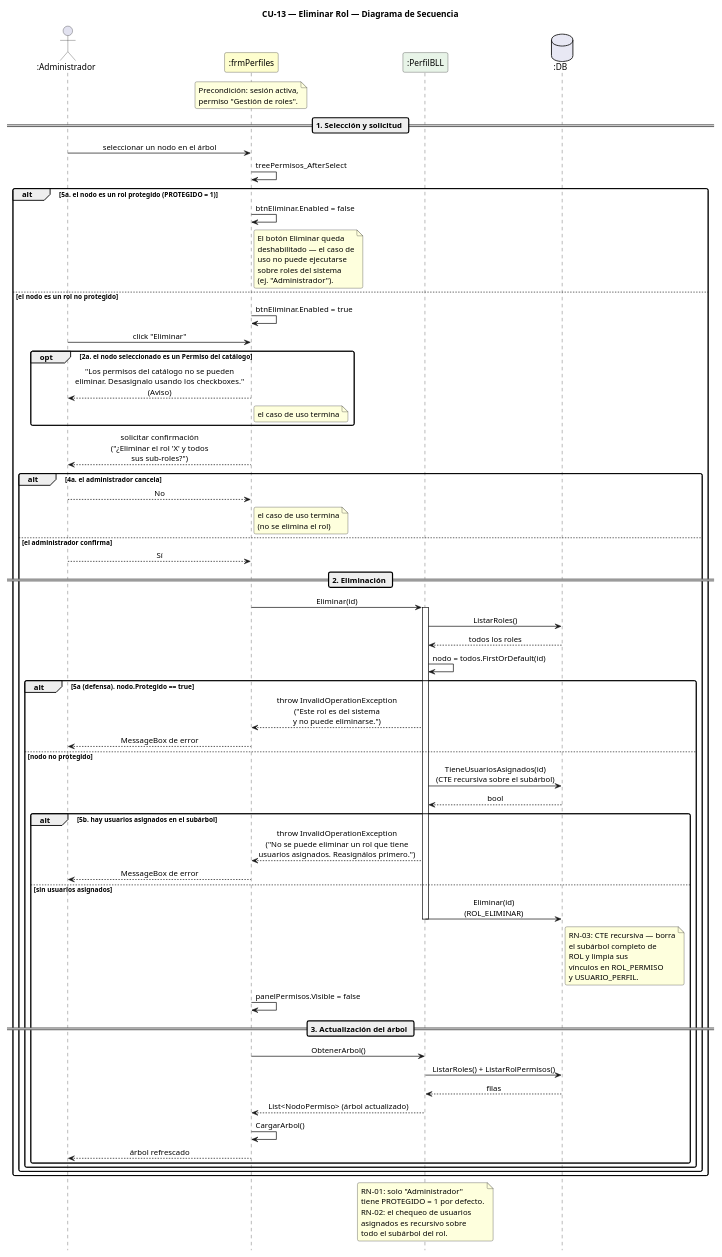
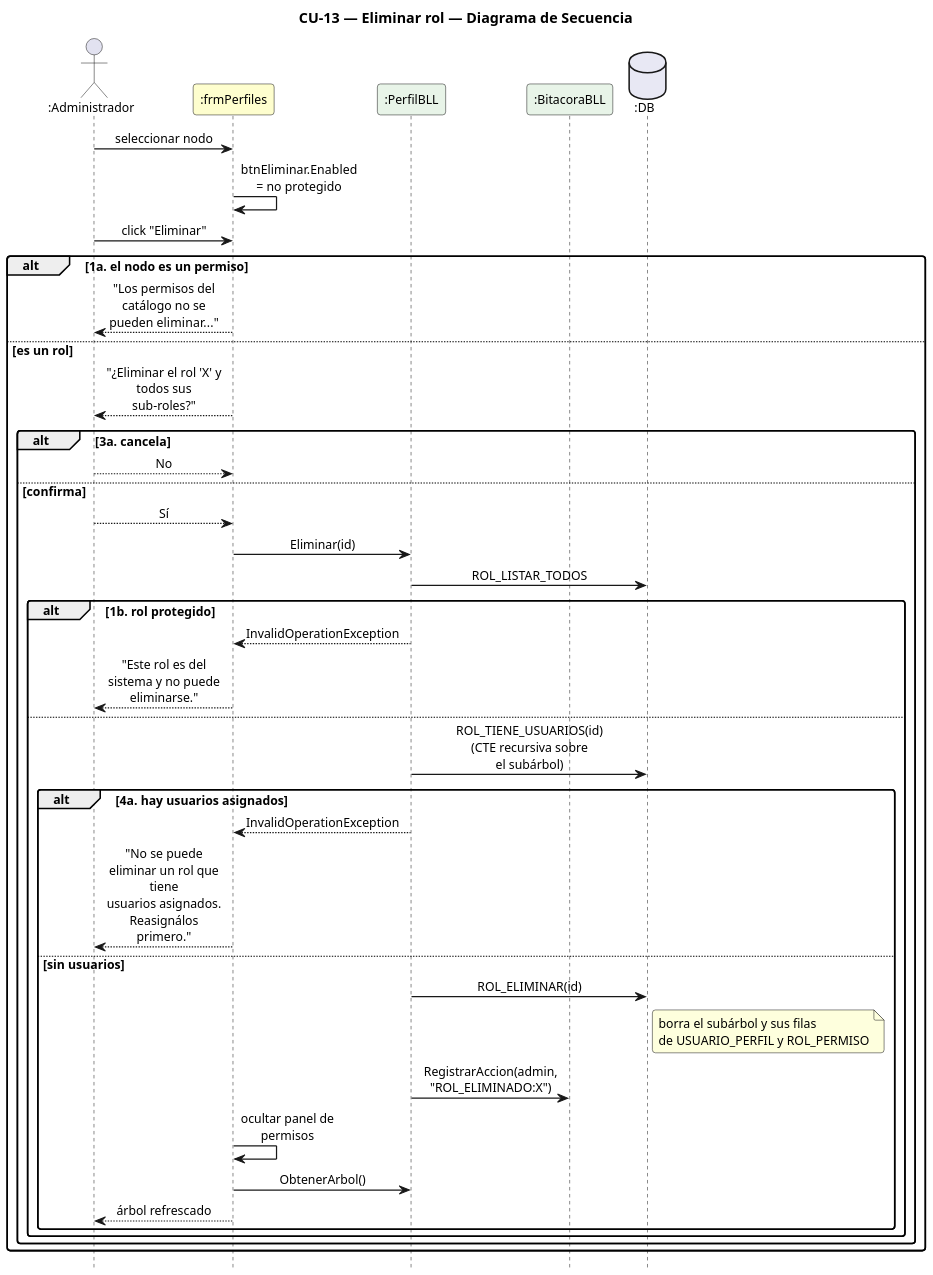
One commit to Urrels/ingenieria_software changed the diagram in DIAGRAMAS/DiagramaSecuencia_CU13_EliminarRol.puml. Above: the diagram before and after it, drawn with PlantUML. The commit also changed 82 other files, not shown here.

First line of the commit message:
Casos de uso y diagramas de secuencia actualizados (CU-01 a CU-37)

```diff
--- a/DIAGRAMAS/DiagramaSecuencia_CU13_EliminarRol.puml
+++ b/DIAGRAMAS/DiagramaSecuencia_CU13_EliminarRol.puml
@@ -1,124 +1,55 @@
 @startuml DiagramaSecuencia_CU13_EliminarRol
 
-title CU-13 — Eliminar Rol — Diagrama de Secuencia
+title CU-13 — Eliminar rol — Diagrama de Secuencia
 
 skinparam shadowing false
 skinparam roundcorner 6
 skinparam sequenceArrowThickness 1.2
-skinparam ParticipantPadding 14
+skinparam ParticipantPadding 6
+skinparam BoxPadding 4
+skinparam maxMessageSize 115
 skinparam sequenceMessageAlign center
+skinparam defaultFontSize 12
+skinparam dpi 140
 hide footbox
-scale 0.85
 
-' ─────────────────────────────────────────
-' Participantes en orden de aparición
-' ─────────────────────────────────────────
-actor       ":Administrador"  as A
-participant ":frmPerfiles"    as FP #FEFECE
-participant ":PerfilBLL"      as PB #E8F4E8
-database    ":DB"             as DB #E8E8F4
+actor ":Administrador" as A
+participant ":frmPerfiles" as F #FEFECE
+participant ":PerfilBLL" as PB #E8F4E8
+participant ":BitacoraBLL" as BB #E8F4E8
+database ":DB" as DB #E8E8F4
 
-note over FP
-  Precondición: sesión activa,
-  permiso "Gestión de roles".
-end note
-
-' ─────────────────────────────────────────
-' SELECCIÓN Y SOLICITUD
-' ─────────────────────────────────────────
-== 1. Selección y solicitud ==
-
-A -> FP : seleccionar un nodo en el árbol
-FP -> FP : treePermisos_AfterSelect
-
-alt 5a. el nodo es un rol protegido (PROTEGIDO = 1)
-  FP -> FP : btnEliminar.Enabled = false
-  note right of FP
-    El botón Eliminar queda
-    deshabilitado — el caso de
-    uso no puede ejecutarse
-    sobre roles del sistema
-    (ej. "Administrador").
-  end note
-
-else el nodo es un rol no protegido
-  FP -> FP : btnEliminar.Enabled = true
-
-  A -> FP : click "Eliminar"
-
-  opt 2a. el nodo seleccionado es un Permiso del catálogo
-    FP --> A : "Los permisos del catálogo no se pueden\neliminar. Desasignalo usando los checkboxes."\n(Aviso)
-    note right of FP : el caso de uso termina
-  end
-
-  FP --> A : solicitar confirmación\n("¿Eliminar el rol 'X' y todos\nsus sub-roles?")
-
-  alt 4a. el administrador cancela
-    A --> FP : No
-    note right of FP : el caso de uso termina\n(no se elimina el rol)
-
-  else el administrador confirma
-    A --> FP : Sí
-
-    ' ─────────────────────────────────────────
-    ' ELIMINACIÓN
-    ' ─────────────────────────────────────────
-    == 2. Eliminación ==
-
-    FP -> PB : Eliminar(id)
-    activate PB
-
-    PB -> DB : ListarRoles()
-    DB --> PB : todos los roles
-    PB -> PB : nodo = todos.FirstOrDefault(id)
-
-    alt 5a (defensa). nodo.Protegido == true
-      PB --> FP : throw InvalidOperationException\n("Este rol es del sistema\ny no puede eliminarse.")
-      FP --> A : MessageBox de error
-
-    else nodo no protegido
-      PB -> DB : TieneUsuariosAsignados(id)\n(CTE recursiva sobre el subárbol)
-      DB --> PB : bool
-
-      alt 5b. hay usuarios asignados en el subárbol
-        PB --> FP : throw InvalidOperationException\n("No se puede eliminar un rol que tiene\nusuarios asignados. Reasignálos primero.")
-        FP --> A : MessageBox de error
-
-      else sin usuarios asignados
-        PB -> DB : Eliminar(id)\n(ROL_ELIMINAR)
-        note right of DB
-          RN-03: CTE recursiva — borra
-          el subárbol completo de
-          ROL y limpia sus
-          vínculos en ROL_PERMISO
-          y USUARIO_PERFIL.
-        end note
-        deactivate PB
-
-        FP -> FP : panelPermisos.Visible = false
-
-        ' ─────────────────────────────────────────
-        ' ACTUALIZACIÓN DEL ÁRBOL
-        ' ─────────────────────────────────────────
-        == 3. Actualización del árbol ==
-
-        FP -> PB : ObtenerArbol()
-        PB -> DB : ListarRoles() + ListarRolPermisos()
-        DB --> PB : filas
-        PB --> FP : List<NodoPermiso> (árbol actualizado)
-        FP -> FP : CargarArbol()
-        FP --> A : árbol refrescado
+A -> F : seleccionar nodo
+F -> F : btnEliminar.Enabled = no protegido
+A -> F : click "Eliminar"
+alt 1a. el nodo es un permiso
+  F --> A : "Los permisos del catálogo no se pueden eliminar..."
+else es un rol
+  F --> A : "¿Eliminar el rol 'X' y todos sus sub-roles?"
+  alt 3a. cancela
+    A --> F : No
+  else confirma
+    A --> F : Sí
+    F -> PB : Eliminar(id)
+    PB -> DB : ROL_LISTAR_TODOS
+    alt 1b. rol protegido
+      PB --> F : InvalidOperationException
+      F --> A : "Este rol es del sistema y no puede eliminarse."
+    else
+      PB -> DB : ROL_TIENE_USUARIOS(id)\n(CTE recursiva sobre el subárbol)
+      alt 4a. hay usuarios asignados
+        PB --> F : InvalidOperationException
+        F --> A : "No se puede eliminar un rol que tiene\nusuarios asignados. Reasignálos primero."
+      else sin usuarios
+        PB -> DB : ROL_ELIMINAR(id)
+        note right of DB : borra el subárbol y sus filas\nde USUARIO_PERFIL y ROL_PERMISO
+        PB -> BB : RegistrarAccion(admin, "ROL_ELIMINADO:X")
+        F -> F : ocultar panel de permisos
+        F -> PB : ObtenerArbol()
+        F --> A : árbol refrescado
       end
     end
   end
 end
 
-note over PB
-  RN-01: solo "Administrador"
-  tiene PROTEGIDO = 1 por defecto.
-  RN-02: el chequeo de usuarios
-  asignados es recursivo sobre
-  todo el subárbol del rol.
-end note
-
 @enduml
```
